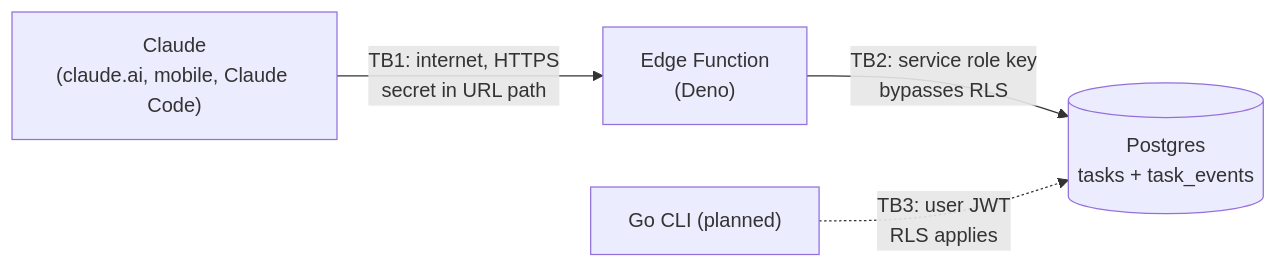
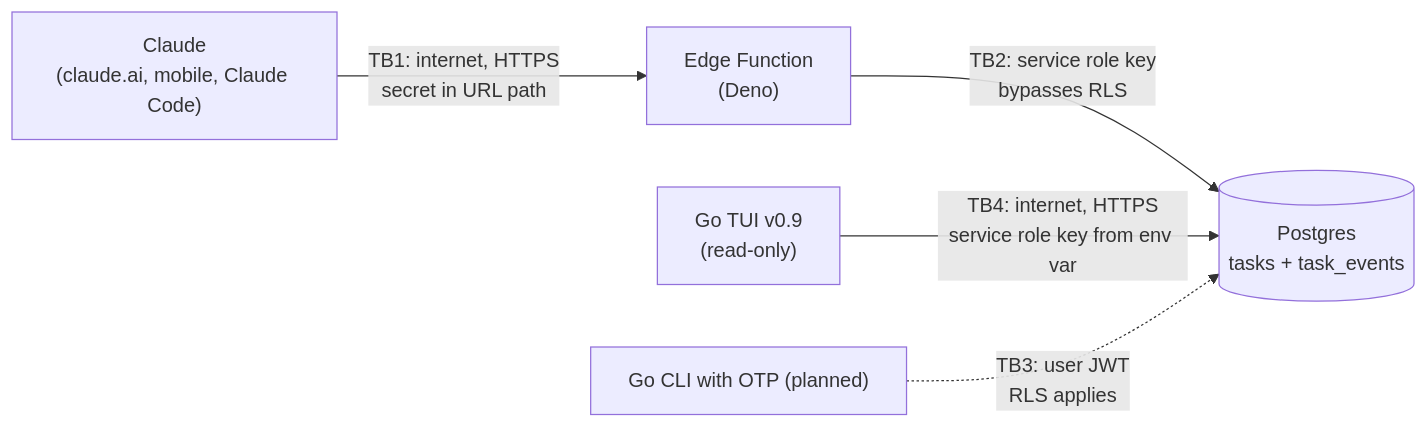
One commit to Qaid-Danial/taskd changed the diagram in docs/threat-model.md. Above: the diagram before and after it, drawn with Mermaid. The commit also changed other lines of this file and 12 other files, not shown here.

Commit message:
feat(cli): read-only Bubble Tea TUI with day, week and month views

````diff
--- a/docs/threat-model.md
+++ b/docs/threat-model.md
@@ -9,6 +9,7 @@
 ```mermaid
 flowchart LR
     C["Claude<br/>(claude.ai, mobile, Claude Code)"] -- "TB1: internet, HTTPS<br/>secret in URL path" --> F["Edge Function<br/>(Deno)"]
     F -- "TB2: service role key<br/>bypasses RLS" --> DB[("Postgres<br/>tasks + task_events")]
-    CLI["Go CLI (planned)"] -. "TB3: user JWT<br/>RLS applies" .-> DB
+    TUI["Go TUI v0.9<br/>(read-only)"] -- "TB4: internet, HTTPS<br/>service role key from env var" --> DB
+    CLI["Go CLI with OTP (planned)"] -. "TB3: user JWT<br/>RLS applies" .-> DB
 ```
````
